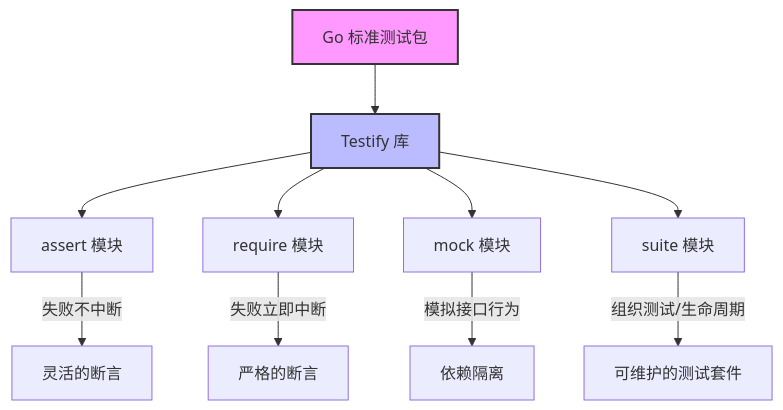
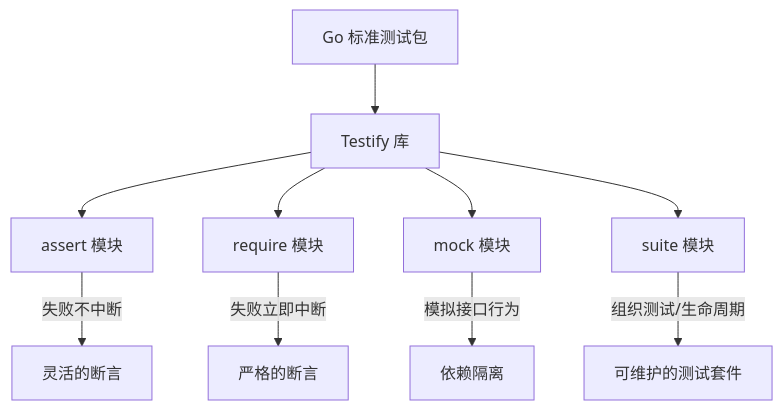
One commit to teatang/t-blog changed the diagram in source/_posts/2025/2025-03-25_Golang Testify (Go 测试库) 深度解析.md. Above: the diagram before and after it, drawn with Mermaid. The commit also changed 24 other files, not shown here.

```diff
--- a/source/_posts/2025/2025-03-25_Golang Testify (Go 测试库) 深度解析.md
+++ b/source/_posts/2025/2025-03-25_Golang Testify (Go 测试库) 深度解析.md
@@ -44,16 +44,13 @@
 {% mermaid %}
 graph TD
     A[Go 标准测试包] --> B[Testify 库]
     B --> C[assert 模块]
     B --> D[require 模块]
     B --> E[mock 模块]
     B --> F[suite 模块]
 
     C -- 失败不中断 --> G[灵活的断言]
     D -- 失败立即中断 --> H[严格的断言]
     E -- 模拟接口行为 --> I[依赖隔离]
     F -- 组织测试/生命周期 --> J[可维护的测试套件]
-
-    style A fill:#f9f,stroke:#333,stroke-width:2px
-    style B fill:#bbf,stroke:#333,stroke-width:2px
 {% endmermaid %}
```
